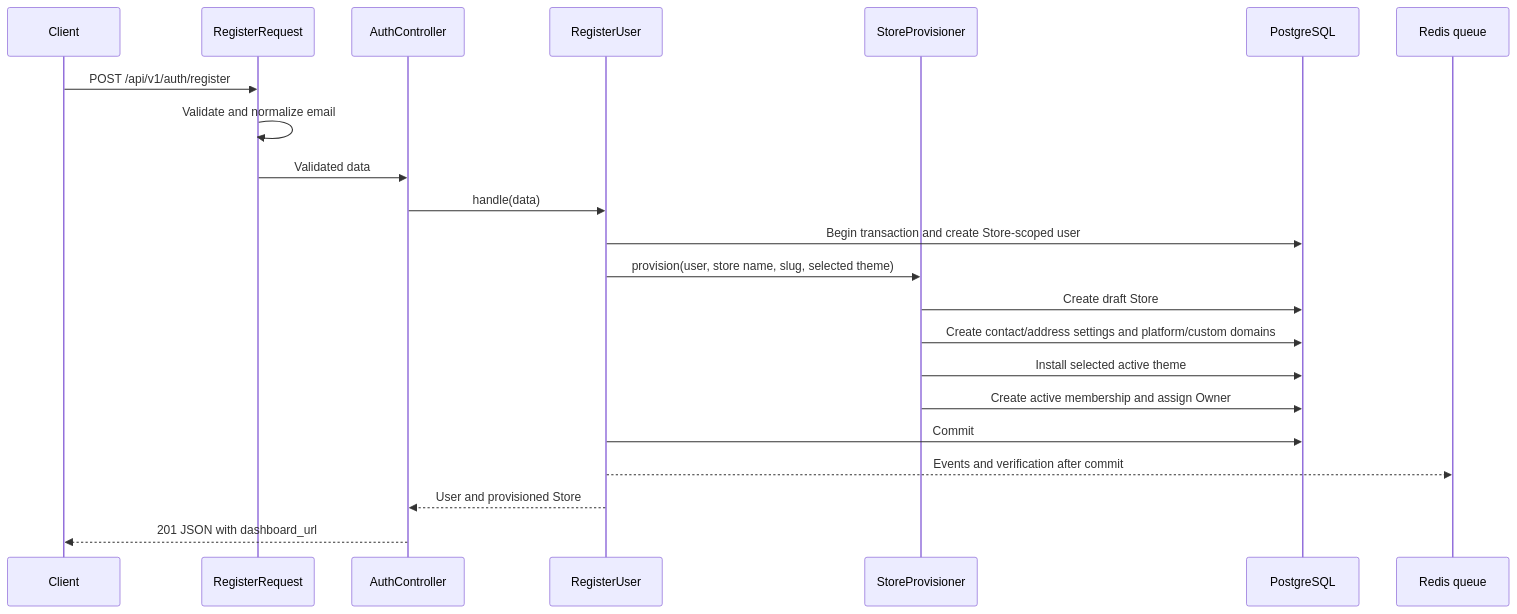
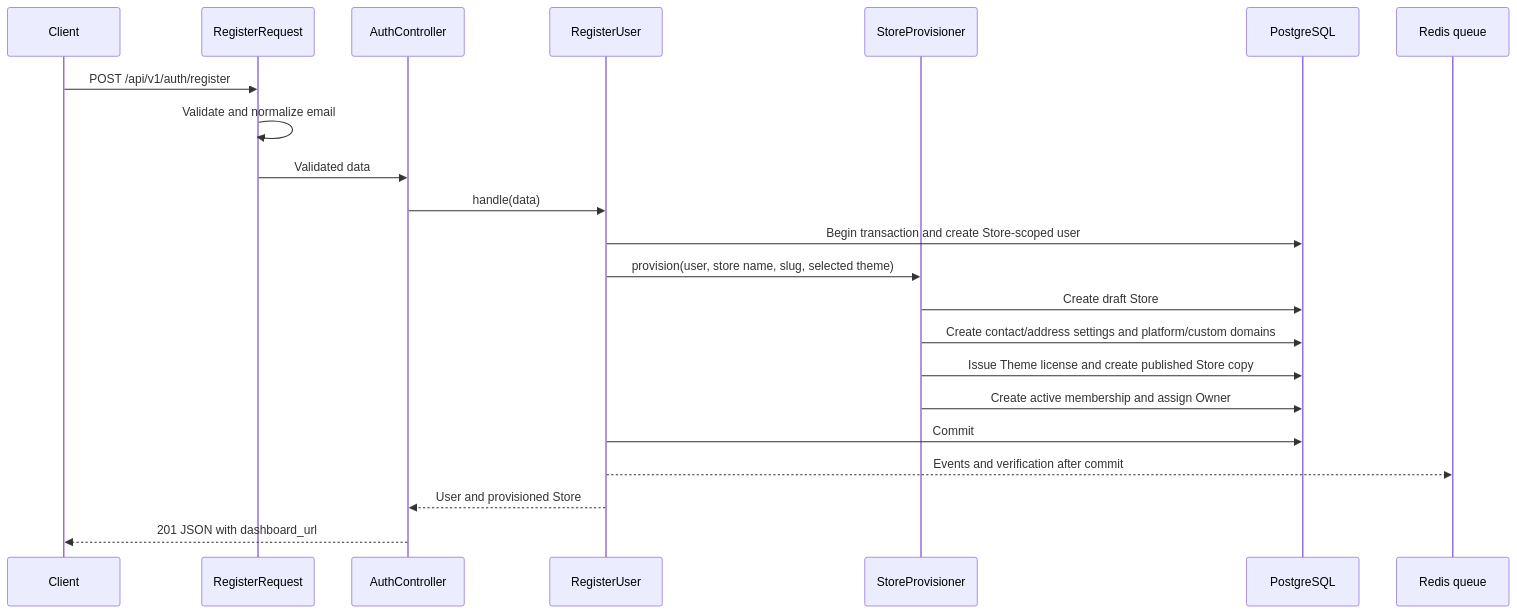
Before and after one commit to fzeeso/shopnxebk: the fourth of 5 diagrams in docs/developer-guide.md, drawn with Mermaid. The commit also changed other lines of this file and 44 other files, not shown here.

````diff
--- a/docs/developer-guide.md
+++ b/docs/developer-guide.md
@@ -293,25 +371,25 @@
 ```mermaid
 sequenceDiagram
     participant Client
     participant Request as RegisterRequest
     participant Controller as AuthController
     participant Register as RegisterUser
     participant Provision as StoreProvisioner
     participant DB as PostgreSQL
     participant Queue as Redis queue
 
     Client->>Request: POST /api/v1/auth/register
     Request->>Request: Validate and normalize email
     Request->>Controller: Validated data
     Controller->>Register: handle(data)
     Register->>DB: Begin transaction and create Store-scoped user
     Register->>Provision: provision(user, store name, slug, selected theme)
     Provision->>DB: Create draft Store
     Provision->>DB: Create contact/address settings and platform/custom domains
-    Provision->>DB: Install selected active theme
+    Provision->>DB: Issue Theme license and create published Store copy
     Provision->>DB: Create active membership and assign Owner
     Register->>DB: Commit
     Register-->>Queue: Events and verification after commit
     Register-->>Controller: User and provisioned Store
     Controller-->>Client: 201 JSON with dashboard_url
 ```
````
